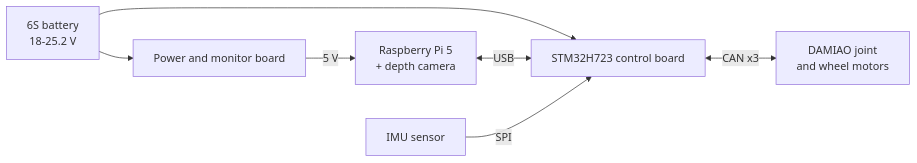
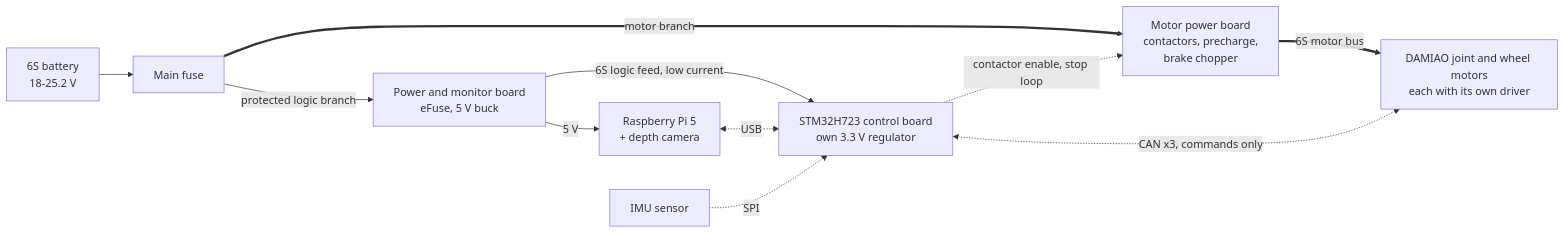
The second of 2 diagrams in README.md (KaiserRichard/wheel-biped-sim), drawn with Mermaid before and after one commit. The commit also changed other lines of this file, not shown here.

Commit message:
README: show the motor power path in the system diagram
The old diagram sent the battery straight to the control board and showed no power to the motors. Motor power now goes through the fuse and the motor power board to the motors; logic power and signals are drawn separately.

````diff
--- a/README.md
+++ b/README.md
@@ -117,9 +117,13 @@
 ```mermaid
 flowchart LR
-  BAT[6S battery<br>18-25.2 V] --> PWR[Power and monitor board]
-  BAT --> CTRL[STM32H723 control board]
+  BAT[6S battery<br>18-25.2 V] --> FUSE[Main fuse]
+  FUSE ==>|motor branch| MPB[Motor power board<br>contactors, precharge,<br>brake chopper]
+  MPB ==>|6S motor bus| MOT[DAMIAO joint and wheel motors<br>each with its own driver]
+  FUSE -->|protected logic branch| PWR[Power and monitor board<br>eFuse, 5 V buck]
   PWR -->|5 V| PI[Raspberry Pi 5<br>+ depth camera]
-  PI <-->|USB| CTRL
-  CTRL <-->|CAN x3| MOT[DAMIAO joint<br>and wheel motors]
-  IMU[IMU sensor] -->|SPI| CTRL
+  PWR -->|6S logic feed, low current| CTRL[STM32H723 control board<br>own 3.3 V regulator]
+  PI <-.->|USB| CTRL
+  IMU[IMU sensor] -.->|SPI| CTRL
+  CTRL <-.->|CAN x3, commands only| MOT
+  CTRL -.->|contactor enable, stop loop| MPB
 ```
````
